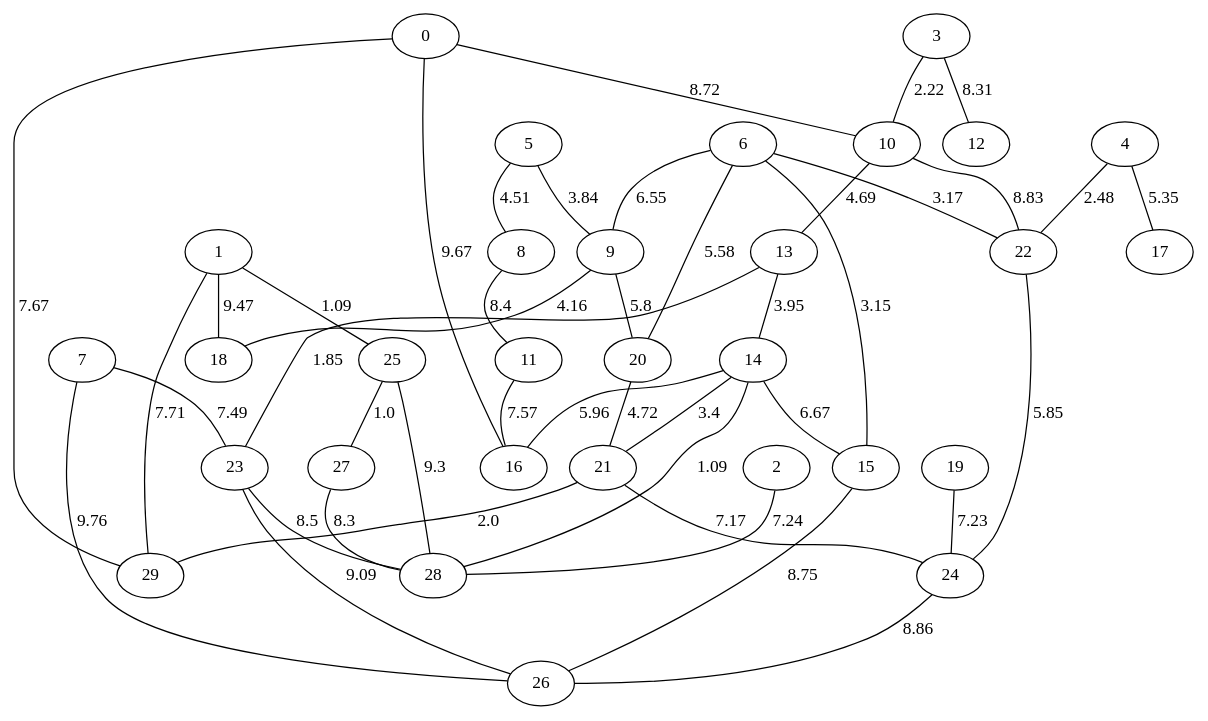
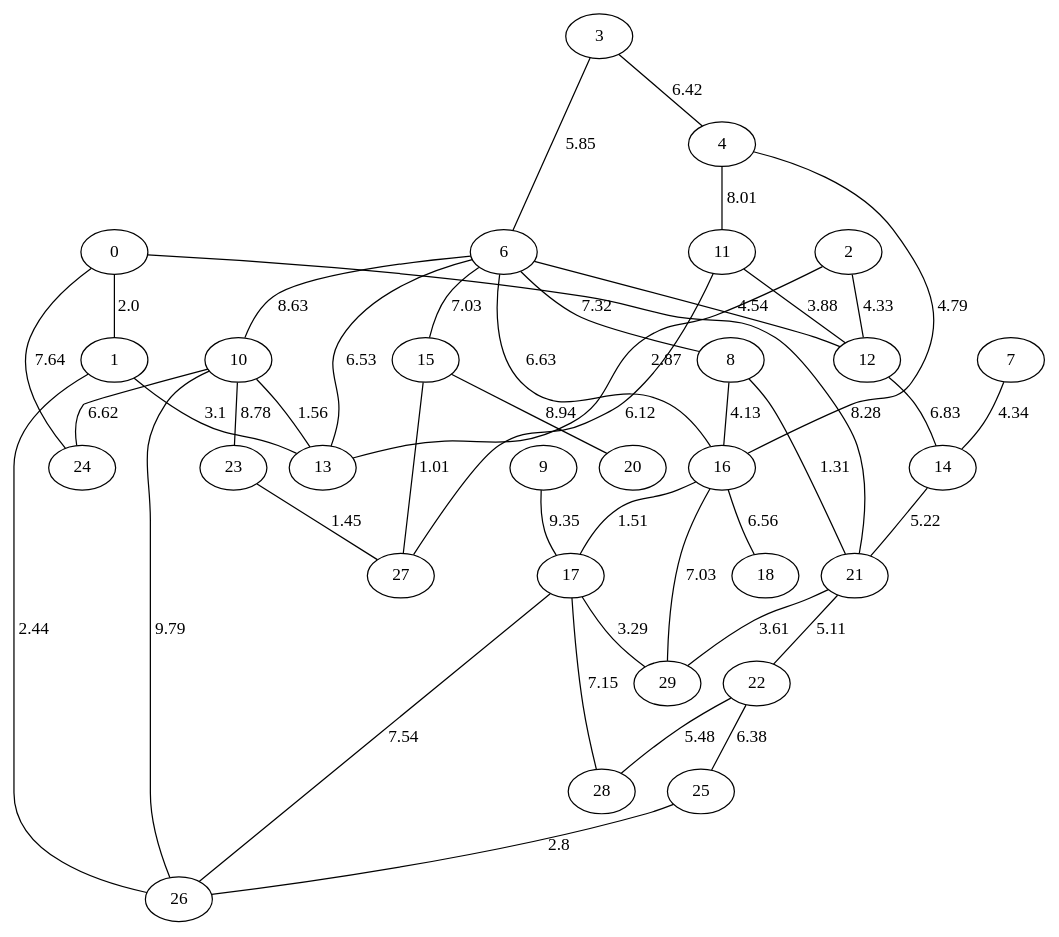
Before and after one commit to amorac4/DAA24: the diagram in Proyecto 3/ejemplos_grafo_dijkstra/grafo_Erdös-Rényi_30.gv, drawn with Graphviz. The commit also changed 37 other files, not shown here.

```diff
--- a/Proyecto 3/ejemplos_grafo_dijkstra/grafo_Erdös-Rényi_30.gv
+++ b/Proyecto 3/ejemplos_grafo_dijkstra/grafo_Erdös-Rényi_30.gv
@@ -1,75 +1,73 @@
 graph G {
 "0";
 "1";
 "2";
 "3";
 "4";
-"5";
 "6";
 "7";
 "8";
 "9";
 "10";
 "11";
 "12";
 "13";
 "14";
 "15";
 "16";
 "17";
 "18";
-"19";
 "20";
 "21";
 "22";
 "23";
 "24";
 "25";
 "26";
 "27";
 "28";
 "29";
-    "11" -- "16"[label="7.57", len="7.57"];
-    "5" -- "9"[label="3.84", len="3.84"];
-    "6" -- "9"[label="6.55", len="6.55"];
-    "24" -- "26"[label="8.86", len="8.86"];
-    "25" -- "27"[label="1.0", len="1.0"];
-    "0" -- "16"[label="9.67", len="9.67"];
-    "0" -- "10"[label="8.72", len="8.72"];
-    "4" -- "22"[label="2.48", len="2.48"];
-    "23" -- "26"[label="9.09", len="9.09"];
-    "9" -- "18"[label="4.16", len="4.16"];
-    "1" -- "29"[label="7.71", len="7.71"];
-    "15" -- "26"[label="8.75", len="8.75"];
-    "5" -- "8"[label="4.51", len="4.51"];
-    "1" -- "25"[label="1.09", len="1.09"];
-    "20" -- "21"[label="4.72", len="4.72"];
-    "3" -- "10"[label="2.22", len="2.22"];
-    "6" -- "22"[label="3.17", len="3.17"];
-    "10" -- "22"[label="8.83", len="8.83"];
-    "0" -- "29"[label="7.67", len="7.67"];
-    "6" -- "15"[label="3.15", len="3.15"];
-    "27" -- "28"[label="8.3", len="8.3"];
-    "7" -- "23"[label="7.49", len="7.49"];
-    "14" -- "28"[label="1.09", len="1.09"];
-    "22" -- "24"[label="5.85", len="5.85"];
-    "9" -- "20"[label="5.8", len="5.8"];
-    "10" -- "13"[label="4.69", len="4.69"];
-    "8" -- "11"[label="8.4", len="8.4"];
-    "19" -- "24"[label="7.23", len="7.23"];
-    "14" -- "15"[label="6.67", len="6.67"];
-    "25" -- "28"[label="9.3", len="9.3"];
-    "13" -- "23"[label="1.85", len="1.85"];
-    "3" -- "12"[label="8.31", len="8.31"];
-    "14" -- "16"[label="5.96", len="5.96"];
-    "2" -- "28"[label="7.24", len="7.24"];
-    "7" -- "26"[label="9.76", len="9.76"];
-    "13" -- "14"[label="3.95", len="3.95"];
-    "23" -- "28"[label="8.5", len="8.5"];
-    "4" -- "17"[label="5.35", len="5.35"];
-    "21" -- "29"[label="2.0", len="2.0"];
-    "1" -- "18"[label="9.47", len="9.47"];
-    "6" -- "20"[label="5.58", len="5.58"];
-    "14" -- "21"[label="3.4", len="3.4"];
-    "21" -- "24"[label="7.17", len="7.17"];
+    "15" -- "27"[label="1.01", len="1.01"];
+    "15" -- "20"[label="8.94", len="8.94"];
+    "17" -- "29"[label="3.29", len="3.29"];
+    "1" -- "26"[label="2.44", len="2.44"];
+    "2" -- "12"[label="4.33", len="4.33"];
+    "10" -- "26"[label="9.79", len="9.79"];
+    "16" -- "17"[label="1.51", len="1.51"];
+    "0" -- "21"[label="8.28", len="8.28"];
+    "17" -- "28"[label="7.15", len="7.15"];
+    "6" -- "10"[label="8.63", len="8.63"];
+    "16" -- "29"[label="7.03", len="7.03"];
+    "0" -- "24"[label="7.64", len="7.64"];
+    "25" -- "26"[label="2.8", len="2.8"];
+    "2" -- "13"[label="2.87", len="2.87"];
+    "11" -- "27"[label="6.12", len="6.12"];
+    "3" -- "6"[label="5.85", len="5.85"];
+    "9" -- "17"[label="9.35", len="9.35"];
+    "22" -- "28"[label="5.48", len="5.48"];
+    "8" -- "16"[label="4.13", len="4.13"];
+    "6" -- "15"[label="7.03", len="7.03"];
+    "16" -- "18"[label="6.56", len="6.56"];
+    "7" -- "14"[label="4.34", len="4.34"];
+    "12" -- "14"[label="6.83", len="6.83"];
+    "1" -- "13"[label="3.1", len="3.1"];
+    "10" -- "13"[label="1.56", len="1.56"];
+    "8" -- "21"[label="1.31", len="1.31"];
+    "4" -- "16"[label="4.79", len="4.79"];
+    "10" -- "24"[label="6.62", len="6.62"];
+    "10" -- "23"[label="8.78", len="8.78"];
+    "6" -- "12"[label="4.54", len="4.54"];
+    "11" -- "12"[label="3.88", len="3.88"];
+    "4" -- "11"[label="8.01", len="8.01"];
+    "0" -- "1"[label="2.0", len="2.0"];
+    "22" -- "25"[label="6.38", len="6.38"];
+    "6" -- "8"[label="7.32", len="7.32"];
+    "21" -- "22"[label="5.11", len="5.11"];
+    "21" -- "29"[label="3.61", len="3.61"];
+    "6" -- "13"[label="6.53", len="6.53"];
+    "14" -- "21"[label="5.22", len="5.22"];
+    "17" -- "26"[label="7.54", len="7.54"];
+    "23" -- "27"[label="1.45", len="1.45"];
+    "3" -- "4"[label="6.42", len="6.42"];
+    "6" -- "16"[label="6.63", len="6.63"];
 }
```
